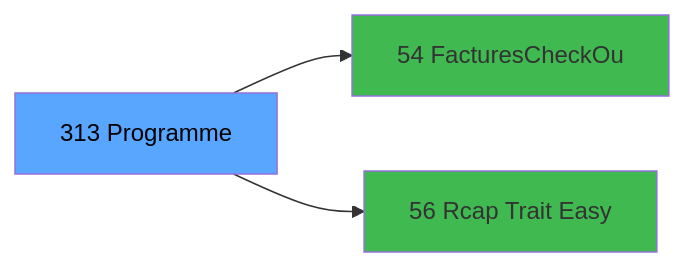
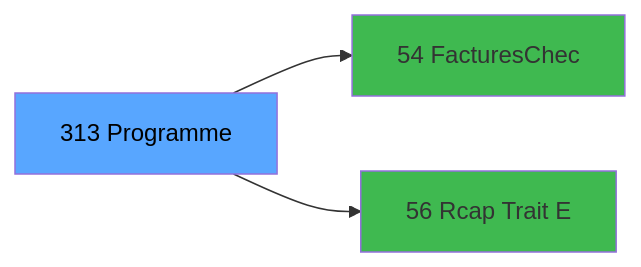
Before and after one commit to thonyAGP/magic-migration: the third of 3 diagrams in .openspec/specs/ADH-IDE-313.md, drawn with Mermaid. The commit also changed other lines of this file and 323 other files, not shown here.

````diff
--- a/.openspec/specs/ADH-IDE-313.md
+++ b/.openspec/specs/ADH-IDE-313.md
@@ -141,11 +155,11 @@
 ```mermaid
 graph LR
     T[313 Programme]
-    C54[54 FacturesCheckOu]
+    C54[54 FacturesChec]
     T --> C54
-    C56[56 Rcap Trait Easy]
+    C56[56 Rcap Trait E]
     T --> C56
     style T fill:#58a6ff,color:#000
     style C54 fill:#3fb950
     style C56 fill:#3fb950
 ```
````
